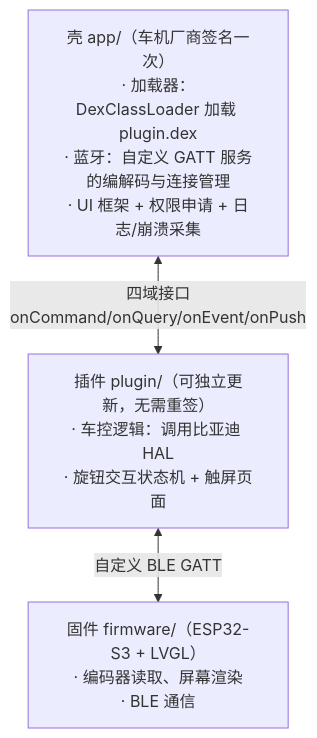
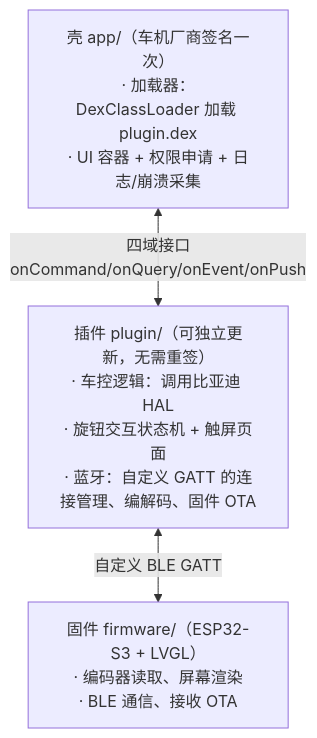
Before and after one commit to 1carusX/Knob: the diagram in docs/项目历程与架构.md, drawn with Mermaid. The commit also changed other lines of this file and 1 other file, not shown here.

````diff
--- a/docs/项目历程与架构.md
+++ b/docs/项目历程与架构.md
@@ -92,8 +94,8 @@
 ```mermaid
 flowchart TD
-    SHELL["壳 app/（车机厂商签名一次）<br/>· 加载器：DexClassLoader 加载 plugin.dex<br/>· 蓝牙：自定义 GATT 服务的编解码与连接管理<br/>· UI 框架 + 权限申请 + 日志/崩溃采集"]
-    PLUGIN["插件 plugin/（可独立更新，无需重签）<br/>· 车控逻辑：调用比亚迪 HAL<br/>· 旋钮交互状态机 + 触屏页面"]
-    FW["固件 firmware/（ESP32-S3 + LVGL）<br/>· 编码器读取、屏幕渲染<br/>· BLE 通信"]
+    SHELL["壳 app/（车机厂商签名一次）<br/>· 加载器：DexClassLoader 加载 plugin.dex<br/>· UI 容器 + 权限申请 + 日志/崩溃采集"]
+    PLUGIN["插件 plugin/（可独立更新，无需重签）<br/>· 车控逻辑：调用比亚迪 HAL<br/>· 旋钮交互状态机 + 触屏页面<br/>· 蓝牙：自定义 GATT 的连接管理、编解码、固件 OTA"]
+    FW["固件 firmware/（ESP32-S3 + LVGL）<br/>· 编码器读取、屏幕渲染<br/>· BLE 通信、接收 OTA"]
     SHELL <-- "四域接口<br/>onCommand/onQuery/onEvent/onPush" --> PLUGIN
     PLUGIN <-- "自定义 BLE GATT" --> FW
 ```
````
